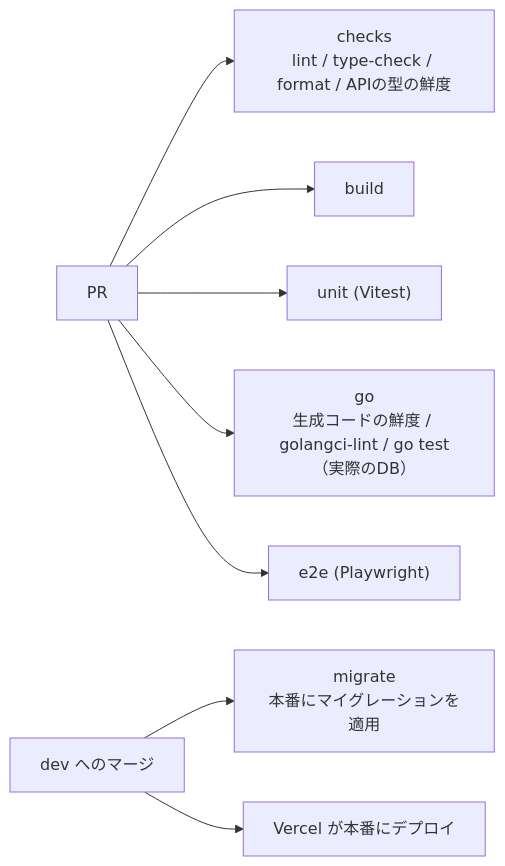
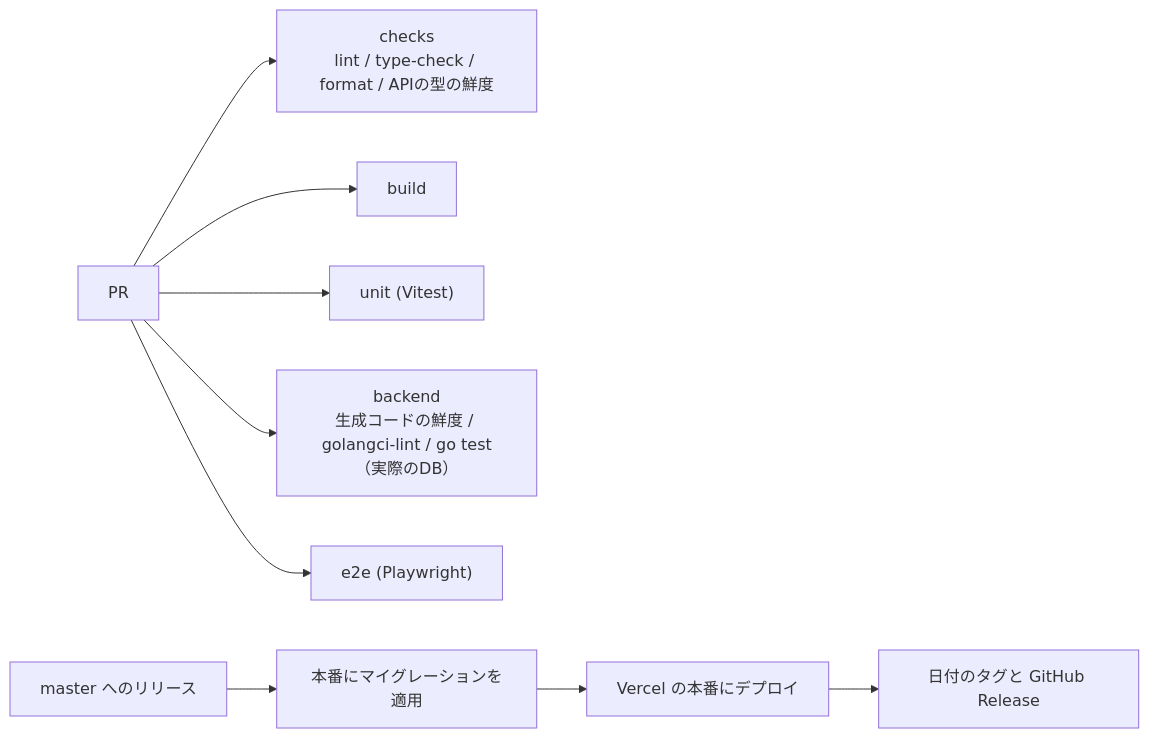
One commit to Yamada040/job_hunting_copilot changed the sixth of 7 diagrams in docs/architecture.md. Above: the diagram before and after it, drawn with Mermaid. The commit also changed 12 other files, not shown here.

````diff
--- a/docs/architecture.md
+++ b/docs/architecture.md
@@ -126,10 +126,11 @@
 ```mermaid
 flowchart LR
     PR["PR"] --> Checks["checks<br/>lint / type-check / format / APIの型の鮮度"]
     PR --> Build["build"]
     PR --> Unit["unit (Vitest)"]
-    PR --> GoJob["go<br/>生成コードの鮮度 / golangci-lint / go test（実際のDB）"]
+    PR --> Backend["backend<br/>生成コードの鮮度 / golangci-lint / go test（実際のDB）"]
     PR --> E2E["e2e (Playwright)"]
-    Merge["dev へのマージ"] --> Migrate["migrate<br/>本番にマイグレーションを適用"]
-    Merge --> Deploy["Vercel が本番にデプロイ"]
+    Release["master へのリリース"] --> Migrate["本番にマイグレーションを適用"]
+    Migrate --> Deploy["Vercel の本番にデプロイ"]
+    Deploy --> Tag["日付のタグと GitHub Release"]
 ```
````
